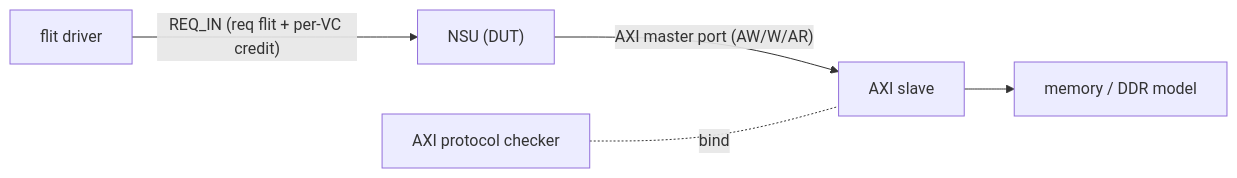
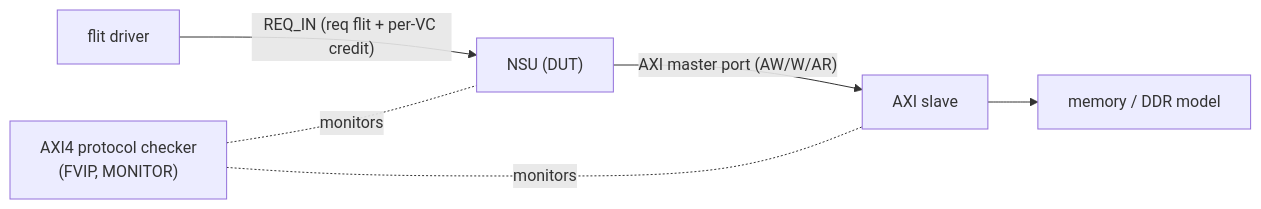
Before and after one commit to changlukas/noc-sim: the second of 4 diagrams in spec/ni/dv/test_environment.md, drawn with Mermaid. The commit also changed other lines of this file and 2 other files, not shown here.

````diff
--- a/spec/ni/dv/test_environment.md
+++ b/spec/ni/dv/test_environment.md
@@ -104,7 +109,8 @@
 ```mermaid
 flowchart LR
   FD["flit driver"] -->|"REQ_IN (req flit + per-VC credit)"| DUT["NSU (DUT)"]
   DUT -->|"AXI master port (AW/W/AR)"| S["AXI slave"]
   S --> MEM["memory / DDR model"]
-  PC["AXI protocol checker"] -.bind.- S
+  PC["AXI4 protocol checker<br/>(FVIP, MONITOR)"] -. monitors .- DUT
+  PC -. monitors .- S
 ```
````
